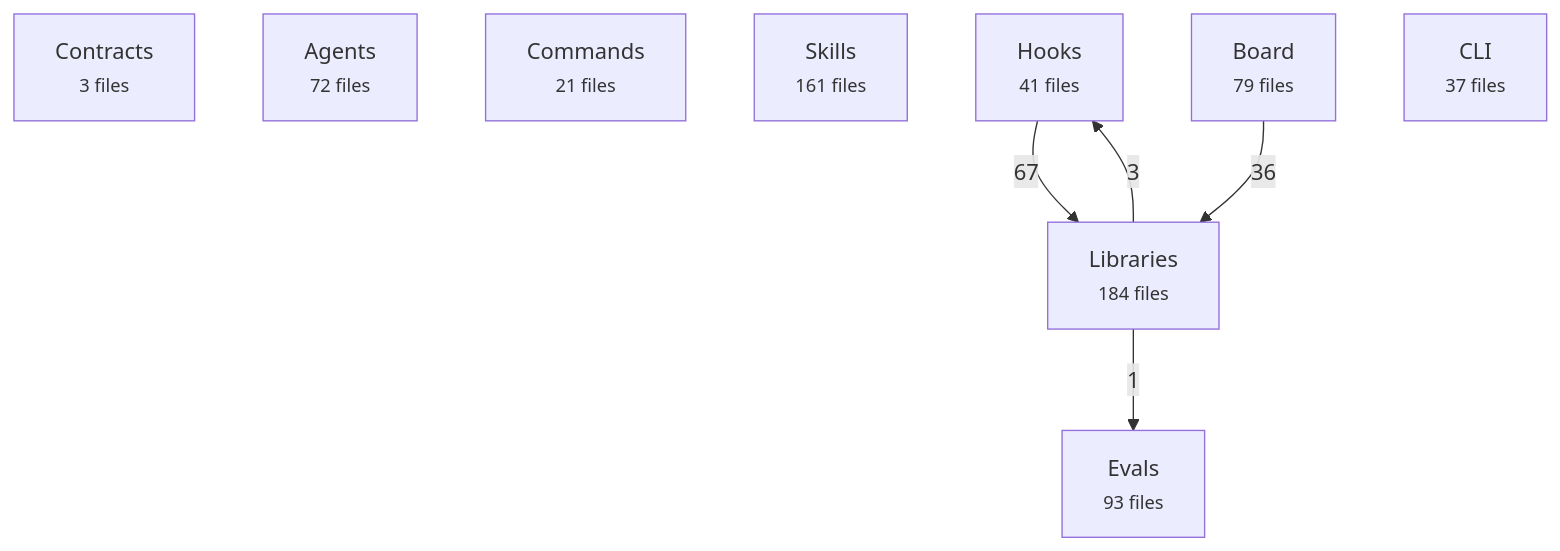
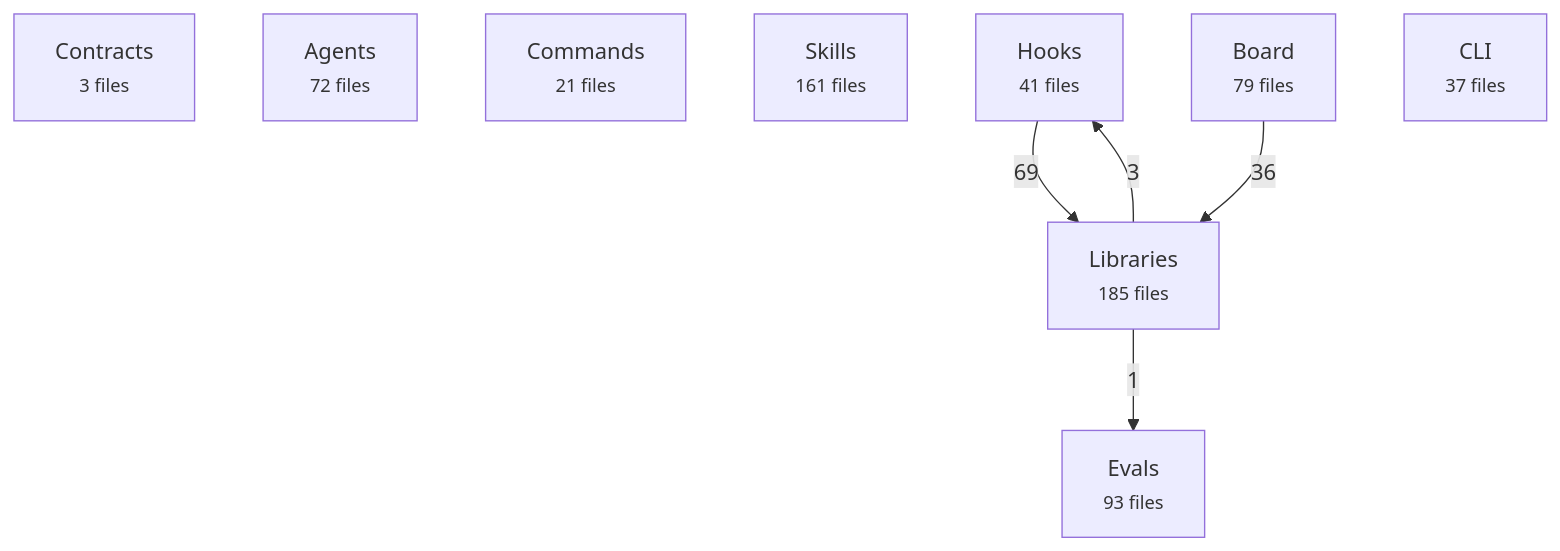
The first of 2 diagrams in docs/reference/architecture-map.md (avelikiy/great_cto), drawn with Mermaid before and after one commit. The commit also changed other lines of this file and 9 other files, not shown here.

````diff
--- a/docs/reference/architecture-map.md
+++ b/docs/reference/architecture-map.md
@@ -20,16 +20,16 @@
 ```mermaid
 flowchart TD
   contracts["Contracts<br/><small>3 files</small>"]
   agents["Agents<br/><small>72 files</small>"]
   commands["Commands<br/><small>21 files</small>"]
   skills["Skills<br/><small>161 files</small>"]
   hooks["Hooks<br/><small>41 files</small>"]
-  libs["Libraries<br/><small>184 files</small>"]
+  libs["Libraries<br/><small>185 files</small>"]
   board["Board<br/><small>79 files</small>"]
   cli["CLI<br/><small>37 files</small>"]
   evals["Evals<br/><small>93 files</small>"]
-  hooks -->|67| libs
+  hooks -->|69| libs
   board -->|36| libs
   libs -->|3| hooks
   libs -->|1| evals
 ```
````
